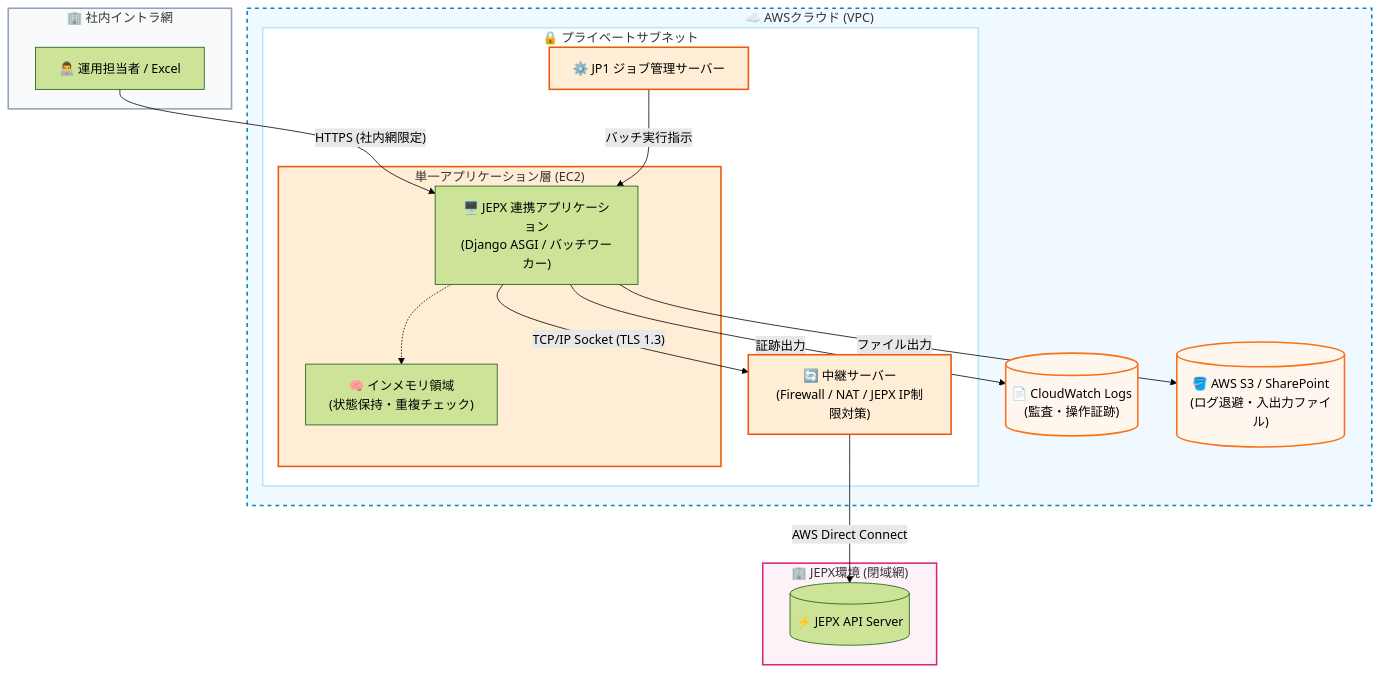
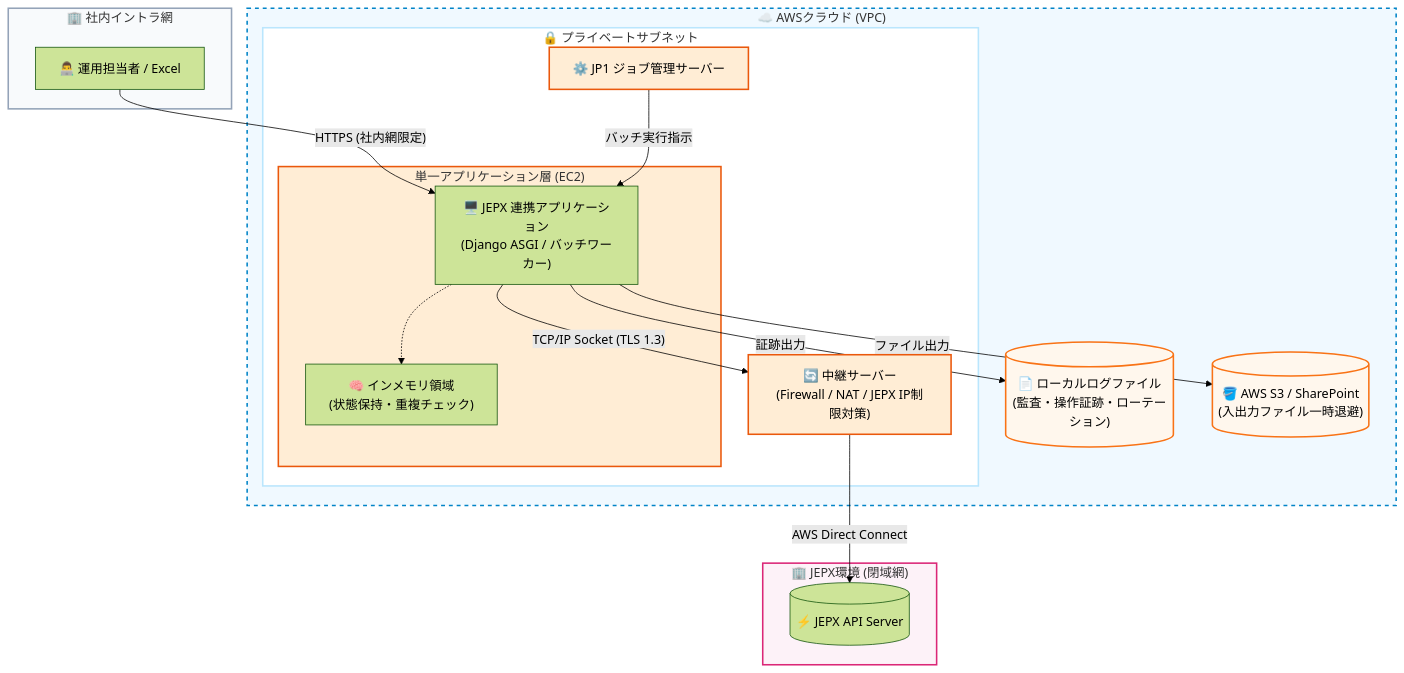
The first of 7 diagrams in docs/02.基本設計.md (mkuwan/jepx4), drawn with Mermaid (forest theme) before and after one commit. The commit also changed other lines of this file and 1 other file, not shown here.

````diff
--- a/docs/02.基本設計.md
+++ b/docs/02.基本設計.md
@@ -45,54 +45,54 @@
 ```mermaid
 graph TD
     %% 外部環境
     subgraph Client ["🏢 社内イントラ網"]
         User["👨‍💻 運用担当者 / Excel"]
     end
     
     subgraph JEPX ["🏢 JEPX環境 (閉域網)"]
         JepxAPI[("⚡ JEPX API Server")]
     end
 
     %% AWS環境
     subgraph AWS ["☁️ AWSクラウド (VPC)"]
         subgraph PrivateSubnet ["🔒 プライベートサブネット"]
             
             subgraph AppServer ["単一アプリケーション層 (EC2)"]
                 App["🖥️ JEPX 連携アプリケーション<br>(Django ASGI / バッチワーカー)"]
                 Mem["🧠 インメモリ領域<br>(状態保持・重複チェック)"]
                 App -.-> Mem
             end
             
             Relay["🔄 中継サーバー<br>(Firewall / NAT / JEPX IP制限対策)"]
             JP1["⚙️ JP1 ジョブ管理サーバー"]
             
         end
         
-        Log[("📄 CloudWatch Logs<br>(監査・操作証跡)")]
-        S3[("🪣 AWS S3 / SharePoint<br>(ログ退避・入出力ファイル)")]
+        Log[("📄 ローカルログファイル<br>(監査・操作証跡・ローテーション)")]
+        S3[("🪣 AWS S3 / SharePoint<br>(入出力ファイル一時退避)")]
     end
     
     %% 通信経路
     User -- "HTTPS (社内網限定)" --> App
     JP1 -- "バッチ実行指示" --> App
     App -- "TCP/IP Socket (TLS 1.3)" --> Relay
     Relay -- "AWS Direct Connect" --> JepxAPI
     
     App -- "証跡出力" --> Log
     App -- "ファイル出力" --> S3
 
     %% スタイリング
     classDef client fill:#f8fafc,stroke:#94a3b8,stroke-width:2px;
     classDef aws fill:#f0f9ff,stroke:#0284c7,stroke-width:2px,stroke-dasharray: 5 5;
     classDef subnet fill:#ffffff,stroke:#bae6fd,stroke-width:2px;
     classDef ec2 fill:#ffedd5,stroke:#ea580c,stroke-width:2px;
     classDef storage fill:#fff7ed,stroke:#f97316,stroke-width:2px;
     classDef jepx fill:#fdf2f8,stroke:#db2777,stroke-width:2px;
     
     class Client client;
     class AWS aws;
     class PrivateSubnet subnet;
     class AppServer,Relay,JP1 ec2;
     class Log,S3 storage;
     class JEPX jepx;
 ```
````
